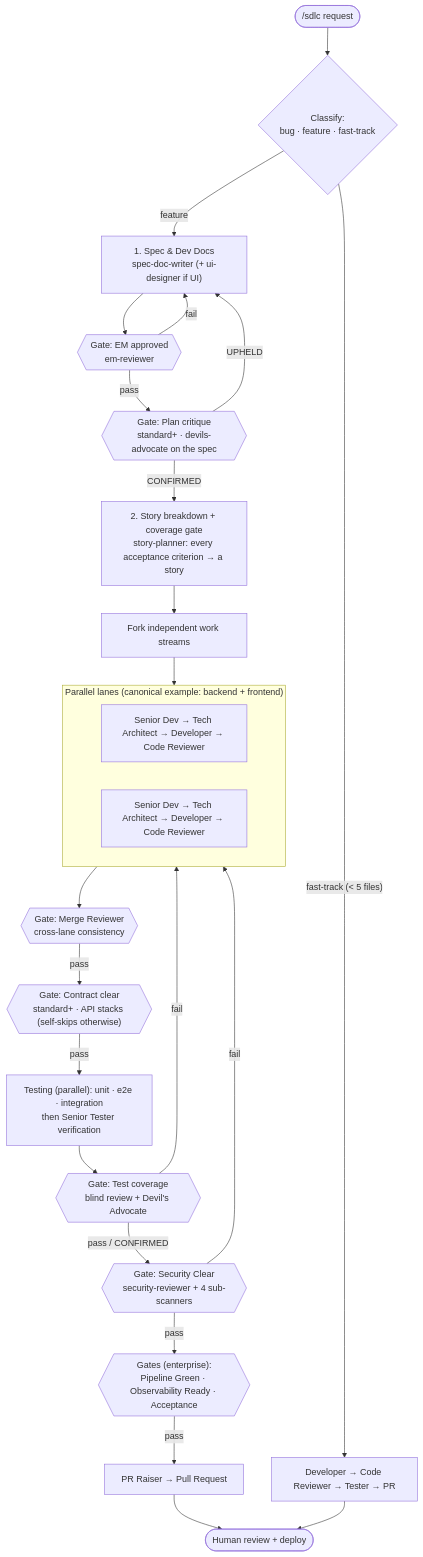
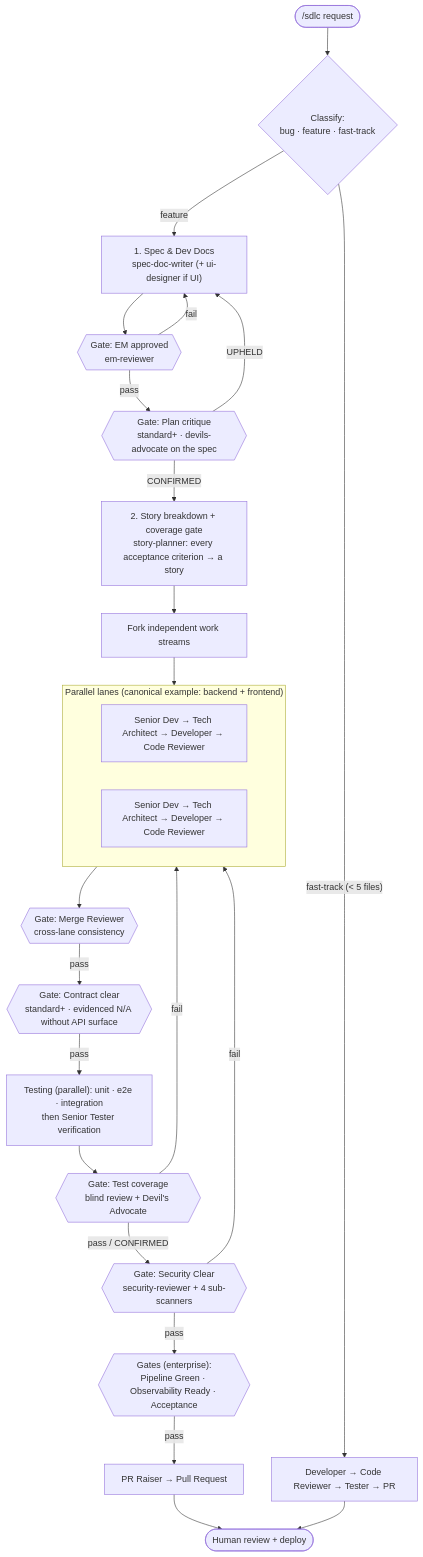
One commit to ajyadav013/claude-kit changed the third of 4 diagrams in docs/architecture.md. Above: the diagram before and after it, drawn with Mermaid. The commit also changed other lines of this file and 24 other files, not shown here.

````diff
--- a/docs/architecture.md
+++ b/docs/architecture.md
@@ -97,35 +101,35 @@
 ```mermaid
 flowchart TD
     REQ(["/sdlc request"]) --> CLS{"Classify:<br/>bug · feature · fast-track"}
 
     CLS -->|"feature"| SPEC["1. Spec & Dev Docs<br/>spec-doc-writer (+ ui-designer if UI)"]
     SPEC --> EM{{"Gate: EM approved<br/>em-reviewer"}}
 
     EM -->|"pass"| PC{{"Gate: Plan critique<br/>standard+ · devils-advocate on the spec"}}
     PC -->|"CONFIRMED"| STORY["2. Story breakdown + coverage gate<br/>story-planner: every acceptance criterion → a story"]
     STORY --> FORK["Fork independent work streams"]
     subgraph LANES["Parallel lanes (canonical example: backend + frontend)"]
         direction LR
         L1["Senior Dev → Tech Architect → Developer → Code Reviewer"]
         L2["Senior Dev → Tech Architect → Developer → Code Reviewer"]
     end
     FORK --> LANES
     LANES --> MR1{{"Gate: Merge Reviewer<br/>cross-lane consistency"}}
 
-    MR1 -->|"pass"| CC{{"Gate: Contract clear<br/>standard+ · API stacks (self-skips otherwise)"}}
+    MR1 -->|"pass"| CC{{"Gate: Contract clear<br/>standard+ · evidenced N/A without API surface"}}
     CC -->|"pass"| TEST["Testing (parallel): unit · e2e · integration<br/>then Senior Tester verification"]
     TEST --> TCG{{"Gate: Test coverage<br/>blind review + Devil's Advocate"}}
 
     TCG -->|"pass / CONFIRMED"| SEC{{"Gate: Security Clear<br/>security-reviewer + 4 sub-scanners"}}
     SEC -->|"pass"| OPS{{"Gates (enterprise):<br/>Pipeline Green · Observability Ready · Acceptance"}}
     OPS -->|"pass"| PR["PR Raiser → Pull Request"]
     PR --> HUMAN(["Human review + deploy"])
 
     CLS -->|"fast-track (< 5 files)"| FT["Developer → Code Reviewer → Tester → PR"]
     FT --> HUMAN
 
     EM -->|"fail"| SPEC
     PC -->|"UPHELD"| SPEC
     TCG -->|"fail"| LANES
     SEC -->|"fail"| LANES
 ```
````
